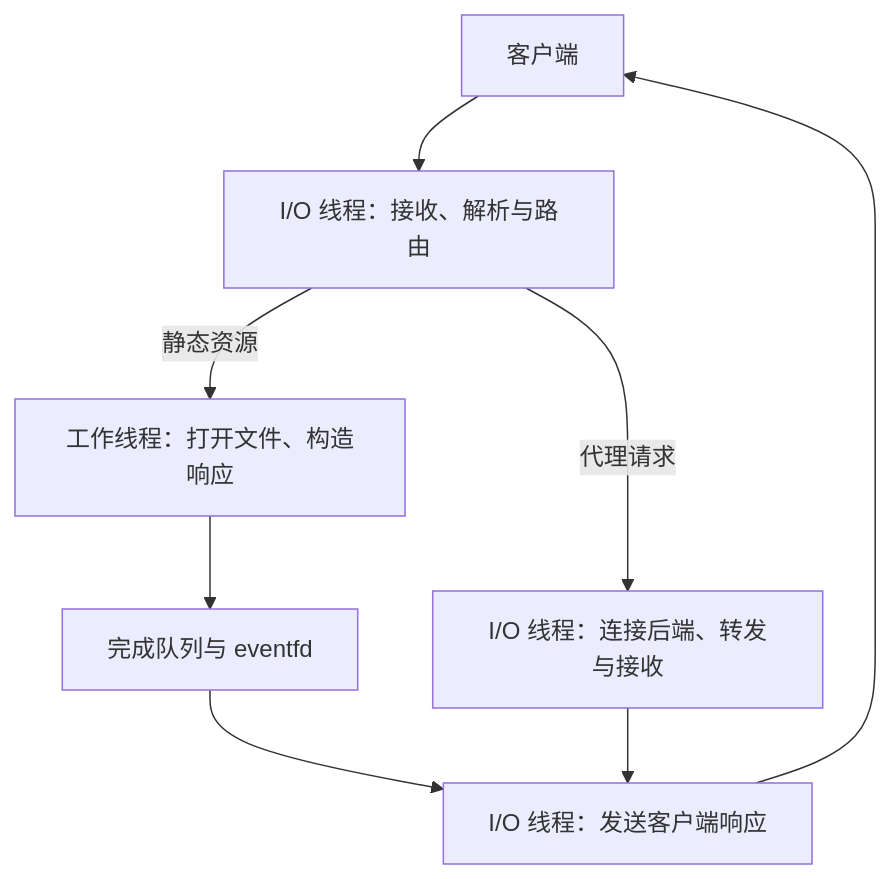
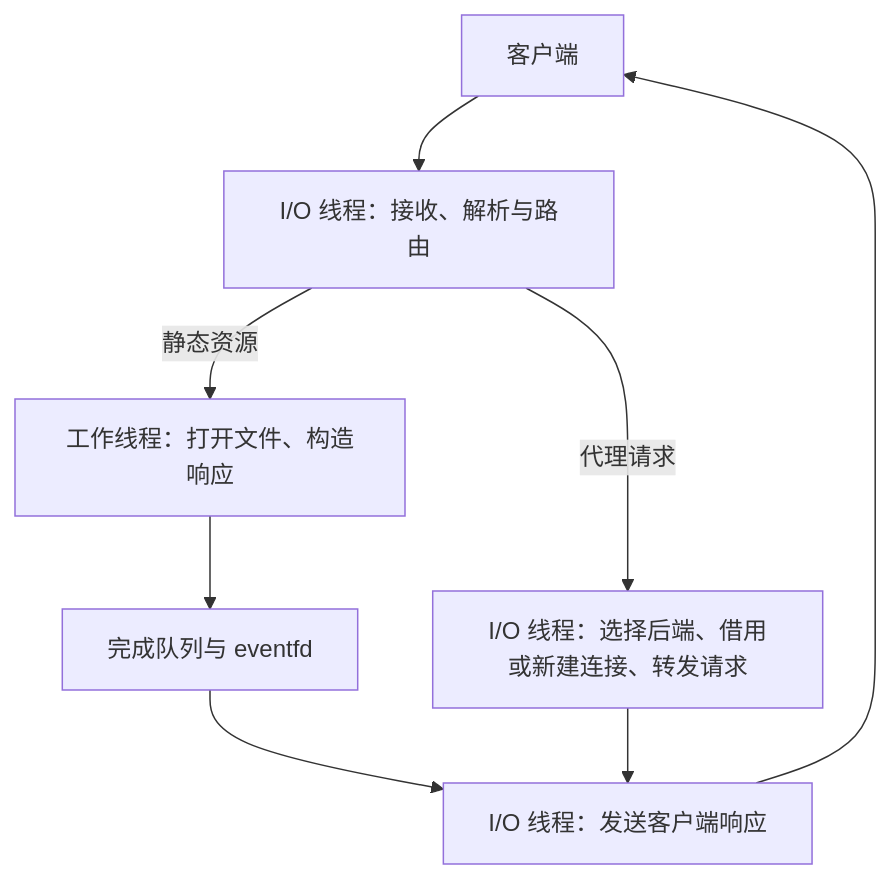
The diagram in README.md (zheng-jiu/http_server), drawn with Mermaid before and after one commit. The commit also changed other lines of this file, not shown here.

````diff
--- a/README.md
+++ b/README.md
@@ -262,10 +310,10 @@
 ```mermaid
 flowchart TD
     A["客户端"] --> B["I/O 线程：接收、解析与路由"]
     B -->|静态资源| C["工作线程：打开文件、构造响应"]
     C --> D["完成队列与 eventfd"]
     D --> E["I/O 线程：发送客户端响应"]
-    B -->|代理请求| F["I/O 线程：连接后端、转发与接收"]
+    B -->|代理请求| F["I/O 线程：选择后端、借用或新建连接、转发请求"]
     F --> E
     E --> A
 ```
````
